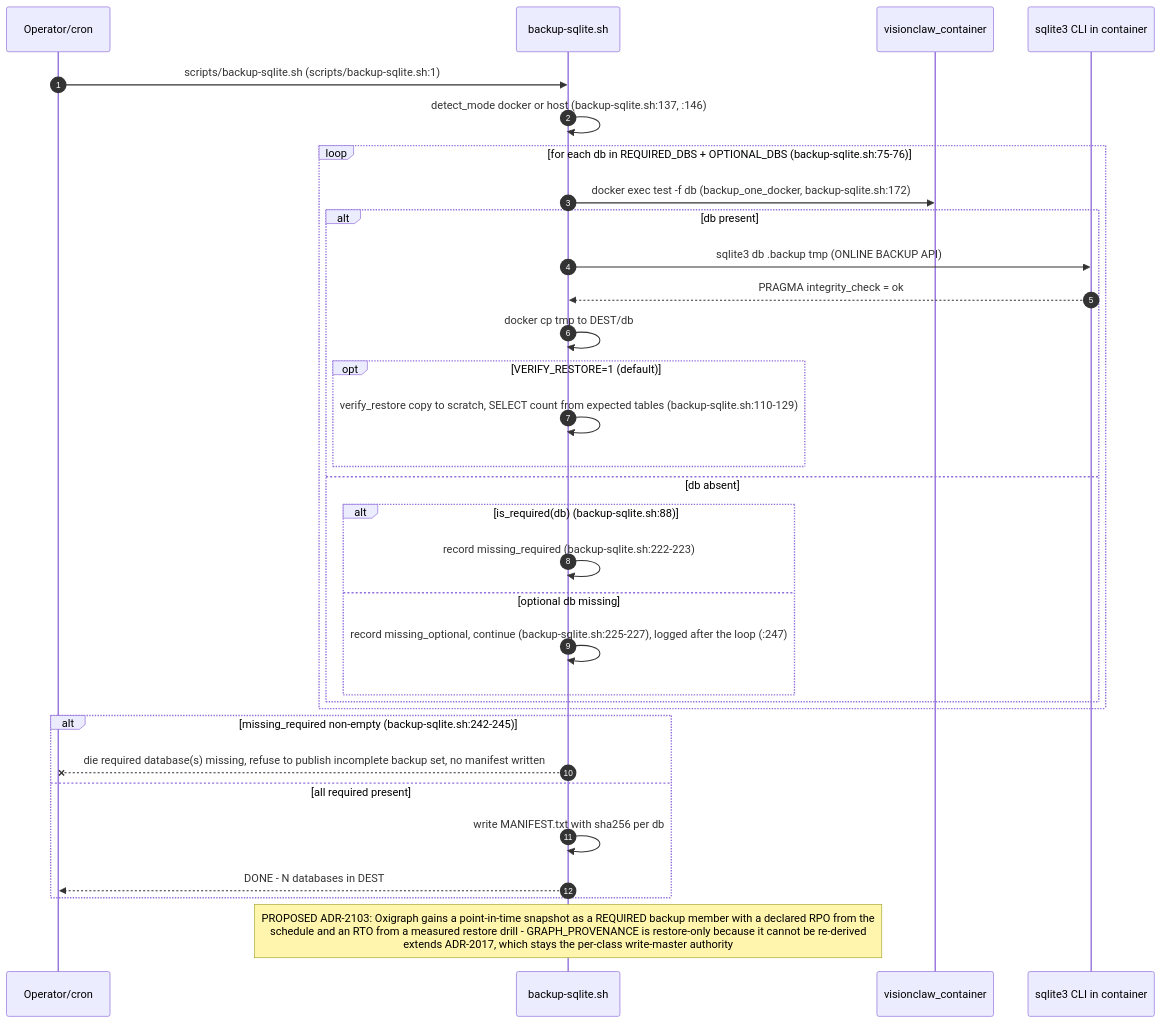
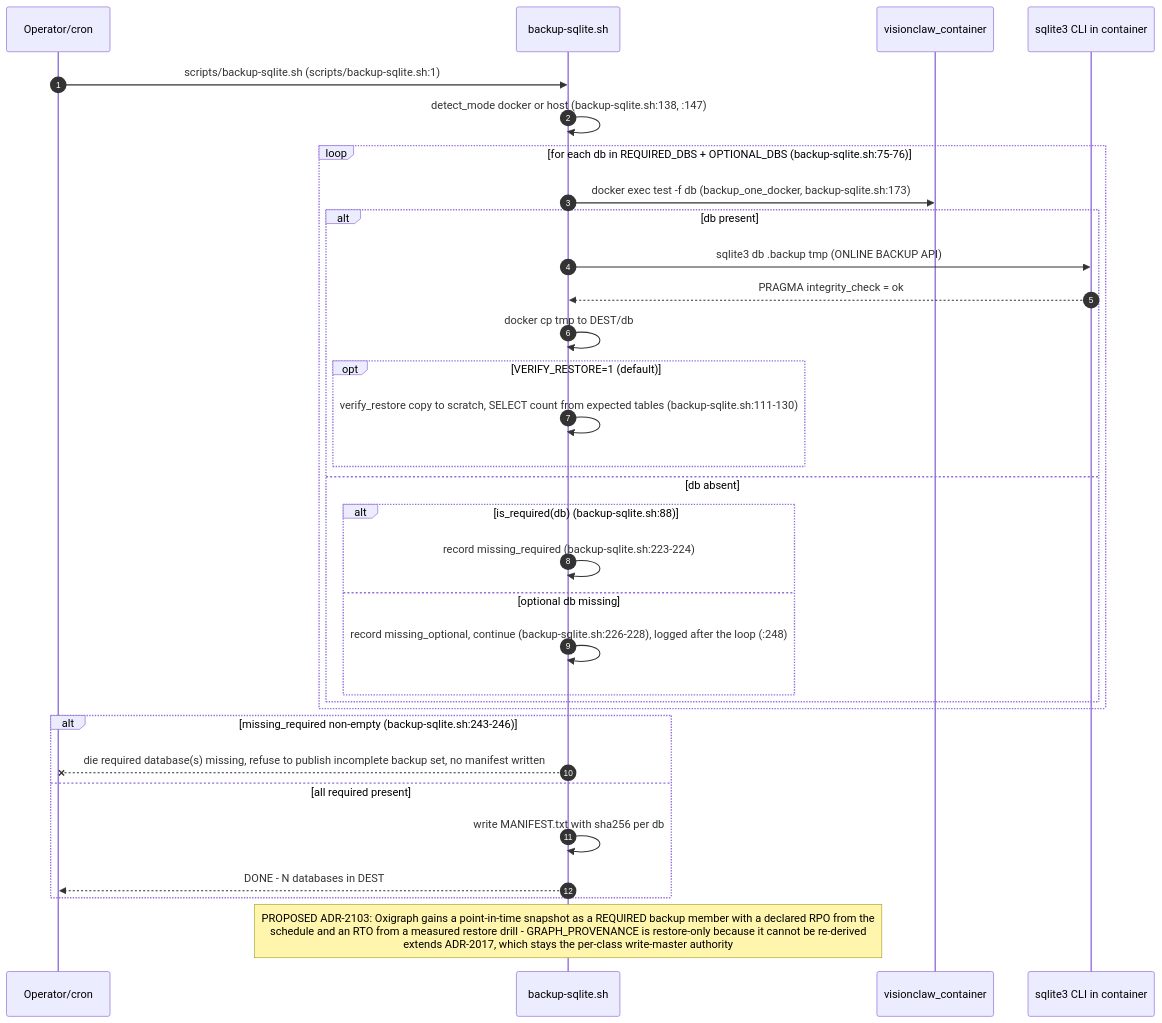
The seventh of 14 diagrams in docs/diagrams/visionclaw/22-data-authority-provenance-erasure.md (DreamLab-AI/VisionFlow), drawn with Mermaid before and after one commit. The commit also changed other lines of this file and 49 other files, not shown here.

First line of the commit message:
docs(diagrams): re-derive and re-stamp VisionClaw, estate, knowledge-graph, visionGraph, VisionFlow and sidestr topics

````diff
--- a/docs/diagrams/visionclaw/22-data-authority-provenance-erasure.md
+++ b/docs/diagrams/visionclaw/22-data-authority-provenance-erasure.md
@@ -341,35 +341,35 @@
 ```mermaid
 sequenceDiagram
     autonumber
     participant OP as Operator/cron
     participant SH as backup-sqlite.sh
     participant CT as visionclaw_container
     participant SQL as sqlite3 CLI in container
 
     OP->>SH: scripts/backup-sqlite.sh (scripts/backup-sqlite.sh:1)
-    SH->>SH: detect_mode docker or host (backup-sqlite.sh:137, :146)
+    SH->>SH: detect_mode docker or host (backup-sqlite.sh:138, :147)
     loop for each db in REQUIRED_DBS + OPTIONAL_DBS (backup-sqlite.sh:75-76)
-        SH->>CT: docker exec test -f db (backup_one_docker, backup-sqlite.sh:172)
+        SH->>CT: docker exec test -f db (backup_one_docker, backup-sqlite.sh:173)
         alt db present
             SH->>SQL: sqlite3 db .backup tmp (ONLINE BACKUP API)
             SQL-->>SH: PRAGMA integrity_check = ok
             SH->>SH: docker cp tmp to DEST/db
             opt VERIFY_RESTORE=1 (default)
-                SH->>SH: verify_restore copy to scratch, SELECT count from expected tables (backup-sqlite.sh:110-129)
+                SH->>SH: verify_restore copy to scratch, SELECT count from expected tables (backup-sqlite.sh:111-130)
             end
         else db absent
             alt is_required(db) (backup-sqlite.sh:88)
-                SH->>SH: record missing_required (backup-sqlite.sh:222-223)
+                SH->>SH: record missing_required (backup-sqlite.sh:223-224)
             else optional db missing
-                SH->>SH: record missing_optional, continue (backup-sqlite.sh:225-227), logged after the loop (:247)
+                SH->>SH: record missing_optional, continue (backup-sqlite.sh:226-228), logged after the loop (:248)
             end
         end
     end
-    alt missing_required non-empty (backup-sqlite.sh:242-245)
+    alt missing_required non-empty (backup-sqlite.sh:243-246)
         SH--xOP: die required database(s) missing, refuse to publish incomplete backup set, no manifest written
     else all required present
         SH->>SH: write MANIFEST.txt with sha256 per db
         SH-->>OP: DONE - N databases in DEST
     end
     Note over SH: PROPOSED ADR-2103: Oxigraph gains a point-in-time snapshot as a REQUIRED backup member with a declared RPO from the<br/>schedule and an RTO from a measured restore drill - GRAPH_PROVENANCE is restore-only because it cannot be re-derived<br/>extends ADR-2017, which stays the per-class write-master authority
 ```
````
